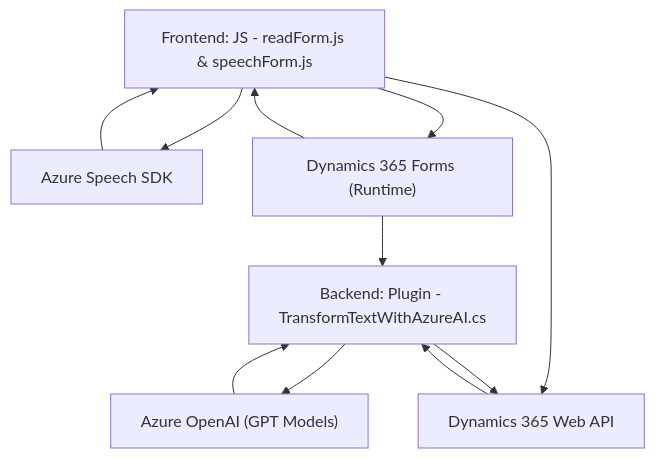
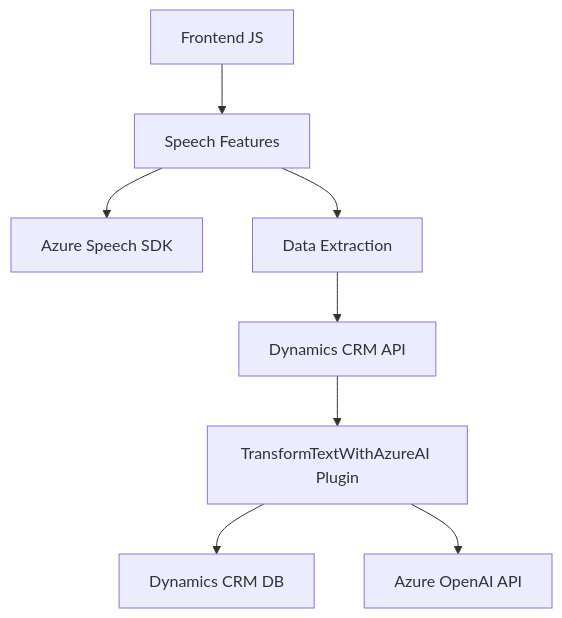
The diagram in README.md (blopezdm/NETCORE_BILBAO2025), drawn with Mermaid before and after one commit. The commit also changed other lines of this file, not shown here.

````diff
--- a/README.md
+++ b/README.md
@@ -60,20 +38,19 @@
 ```mermaid
 graph TD
-    A["Frontend: JS - readForm.js & speechForm.js"]
-    B["Azure Speech SDK"]
-    C["Dynamics 365 Forms (Runtime)"]
-    D["Backend: Plugin - TransformTextWithAzureAI.cs"]
-    E["Azure OpenAI (GPT Models)"]
-    F["Dynamics 365 Web API"]
-
+    A["Frontend JS"]
+    B["Speech Features"]
+    C["Azure Speech SDK"]
+    D["Data Extraction"]
+    E["Dynamics CRM API"]
+    F["TransformTextWithAzureAI Plugin"]
+    G["Dynamics CRM DB"]
+    H["Azure OpenAI API"]
+    
     A --> B
-    A --> C
-    A --> F
-    B --> A
-    C --> A
-    C --> D
+    B --> C
+    B --> D
     D --> E
-    E --> D
-    D --> F
-    F --> D
+    E --> F
+    F --> G
+    F --> H
 ```
````
